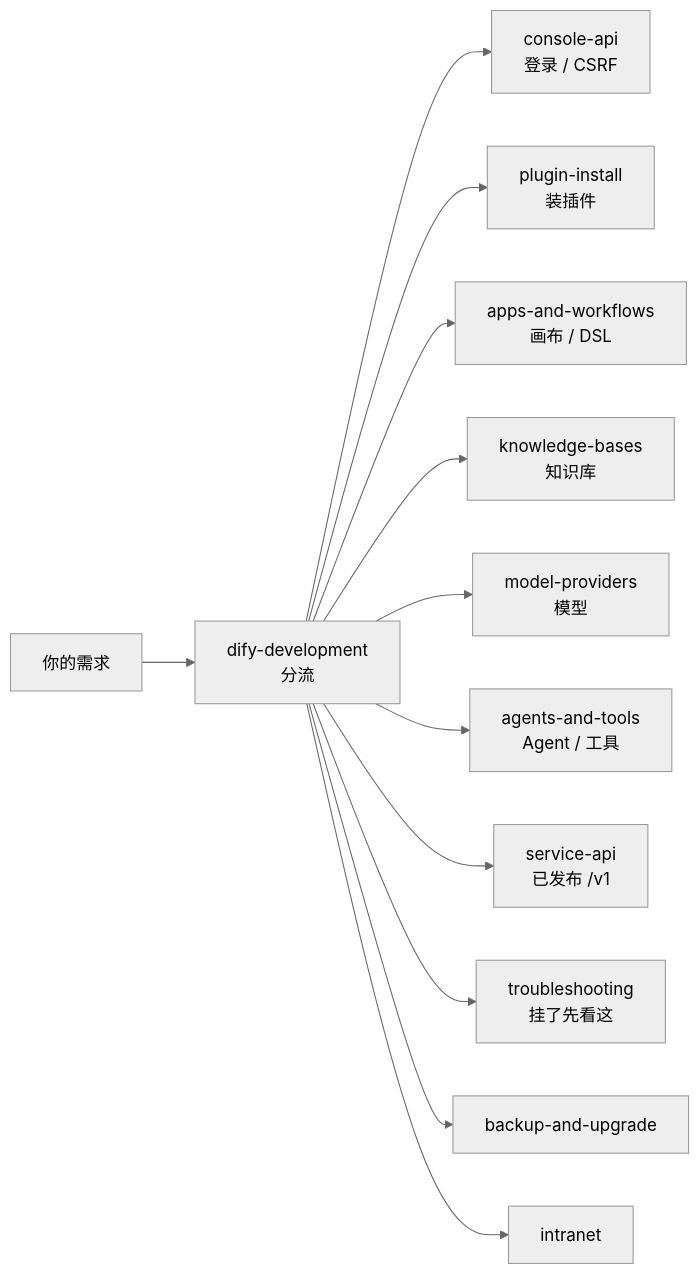
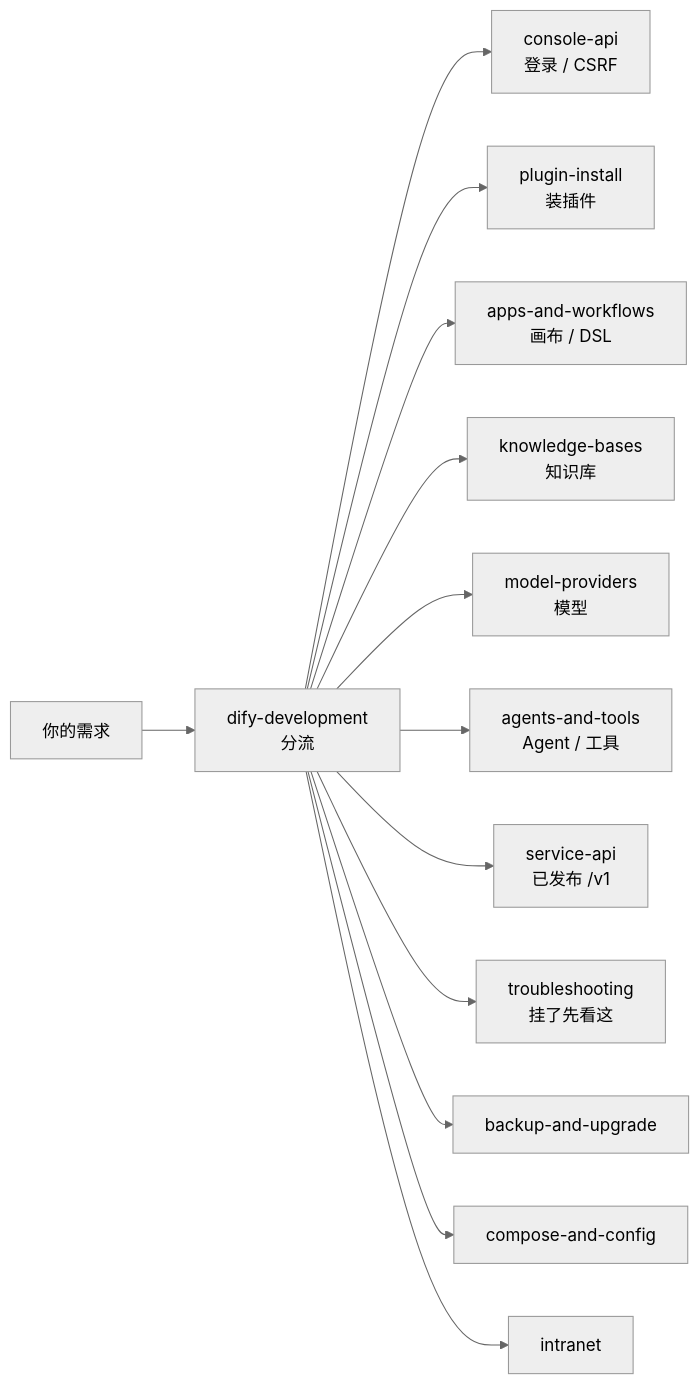
Before and after one commit to kabishou11/dify-skills: the first of 4 diagrams in README.md, drawn with Mermaid (neutral theme). The commit also changed other lines of this file and 7 other files, not shown here.

````diff
--- a/README.md
+++ b/README.md
@@ -38,14 +40,15 @@
 ```mermaid
 flowchart LR
   Q["你的需求"] --> R["dify-development<br/>分流"]
   R --> C["console-api<br/>登录 / CSRF"]
   R --> P["plugin-install<br/>装插件"]
   R --> A["apps-and-workflows<br/>画布 / DSL"]
   R --> K["knowledge-bases<br/>知识库"]
   R --> M["model-providers<br/>模型"]
   R --> G["agents-and-tools<br/>Agent / 工具"]
   R --> S["service-api<br/>已发布 /v1"]
   R --> T["troubleshooting<br/>挂了先看这"]
   R --> B["backup-and-upgrade"]
+  R --> CFG["compose-and-config"]
   R --> I["intranet"]
 ```
````
